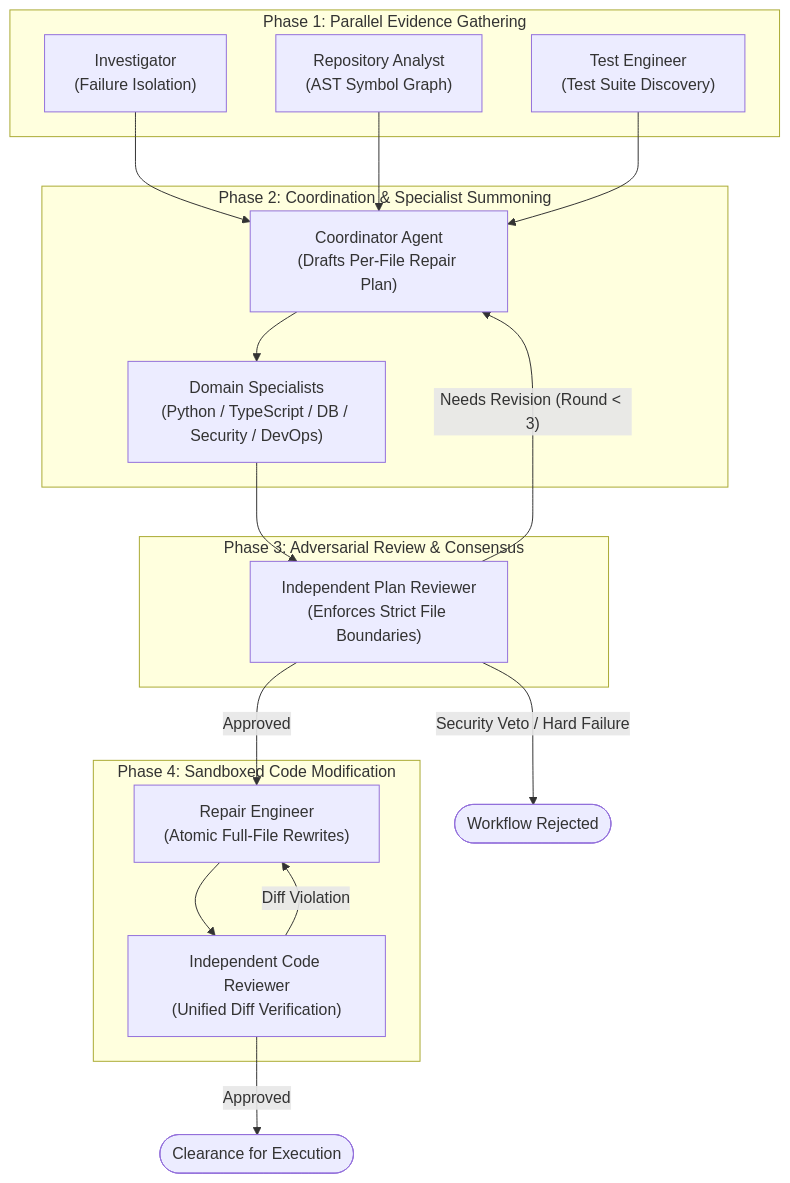
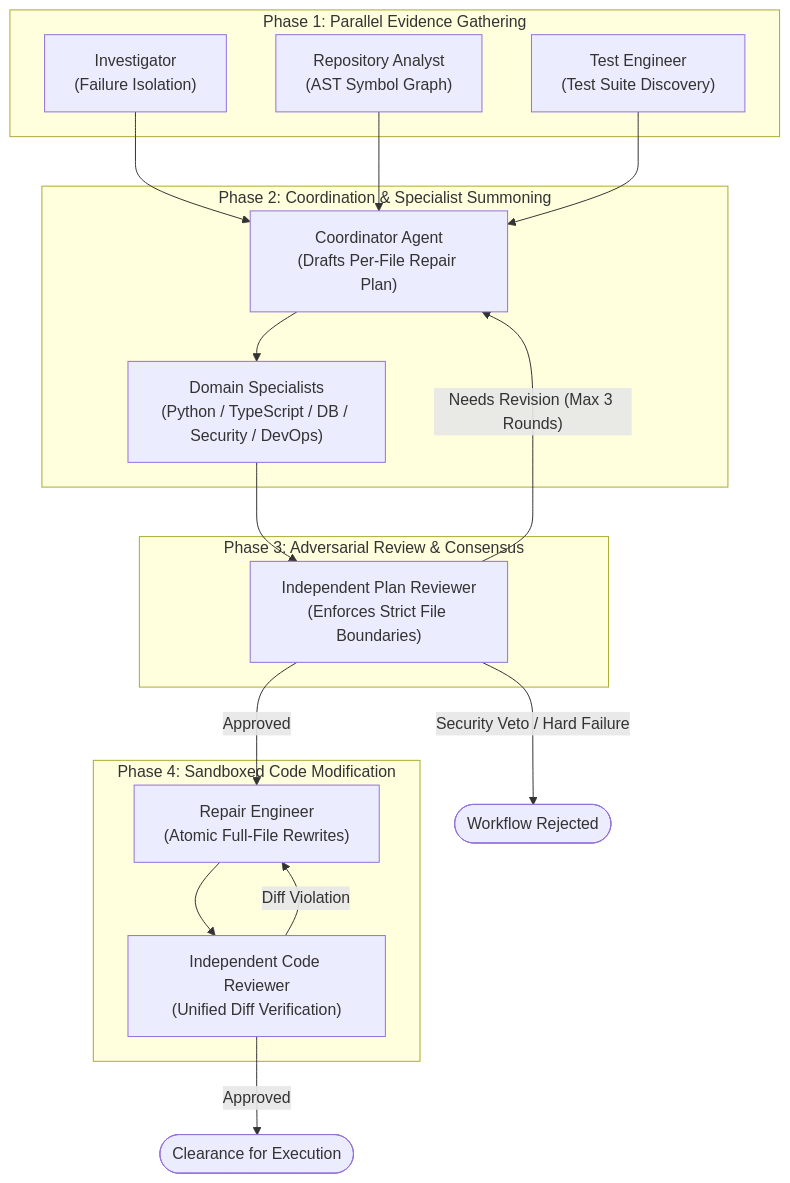
One commit to kajaredhruv433/VectoraFix changed the first of 3 diagrams in docs/AGENT_ORCHESTRATION.md. Above: the diagram before and after it, drawn with Mermaid. The commit also changed other lines of this file and 3 other files, not shown here.

Commit message:
docs: fix Mermaid diagram syntax errors for GitHub rendering

````diff
--- a/docs/AGENT_ORCHESTRATION.md
+++ b/docs/AGENT_ORCHESTRATION.md
@@ -9,34 +9,34 @@
 ```mermaid
 flowchart TD
     subgraph StartPhase ["Phase 1: Parallel Evidence Gathering"]
         Investigator["Investigator<br/>(Failure Isolation)"]
         RepoAnalyst["Repository Analyst<br/>(AST Symbol Graph)"]
         TestEng["Test Engineer<br/>(Test Suite Discovery)"]
     end
 
     subgraph CoordinationPhase ["Phase 2: Coordination & Specialist Summoning"]
         Coordinator["Coordinator Agent<br/>(Drafts Per-File Repair Plan)"]
         Specialists["Domain Specialists<br/>(Python / TypeScript / DB / Security / DevOps)"]
     end
 
     subgraph ConsensusPhase ["Phase 3: Adversarial Review & Consensus"]
         PlanReviewer["Independent Plan Reviewer<br/>(Enforces Strict File Boundaries)"]
     end
 
     subgraph ExecutionPhase ["Phase 4: Sandboxed Code Modification"]
         RepairEng["Repair Engineer<br/>(Atomic Full-File Rewrites)"]
         CodeReviewer["Independent Code Reviewer<br/>(Unified Diff Verification)"]
     end
 
     Investigator & RepoAnalyst & TestEng --> Coordinator
     Coordinator --> Specialists
     Specialists --> PlanReviewer
     
-    PlanReviewer -- "Needs Revision (Round < 3)" --> Coordinator
+    PlanReviewer -- "Needs Revision (Max 3 Rounds)" --> Coordinator
     PlanReviewer -- "Security Veto / Hard Failure" --> Halt(["Workflow Rejected"])
     PlanReviewer -- "Approved" --> RepairEng
 
     RepairEng --> CodeReviewer
     CodeReviewer -- "Approved" --> Ready(["Clearance for Execution"])
     CodeReviewer -- "Diff Violation" --> RepairEng
 ```
````
